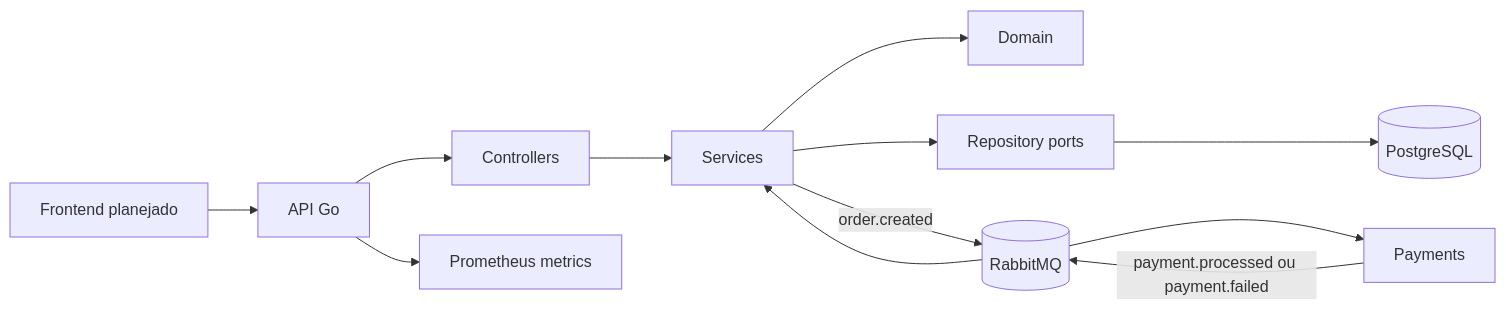
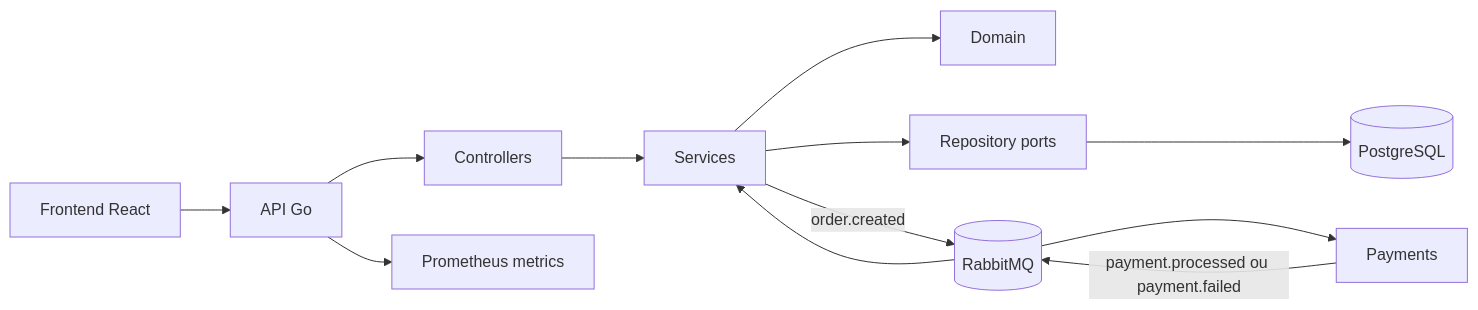
Before and after one commit to MarceloRodrigues1853/ada_go-desafio_pedidos: the first of 2 diagrams in README.md, drawn with Mermaid. The commit also changed other lines of this file and 18 other files, not shown here.

First line of the commit message:
feat: adicionar frontend operacional em React

````diff
--- a/README.md
+++ b/README.md
@@ -25,14 +25,14 @@
 ```mermaid
 flowchart LR
-    UI[Frontend planejado] --> API[API Go]
+    UI[Frontend React] --> API[API Go]
     API --> C[Controllers]
     C --> S[Services]
     S --> D[Domain]
     S --> R[Repository ports]
     R --> PG[(PostgreSQL)]
     S -->|order.created| MQ[(RabbitMQ)]
     MQ --> PAY[Payments]
     PAY -->|payment.processed ou payment.failed| MQ
     MQ --> S
     API --> MET[Prometheus metrics]
 ```
````
